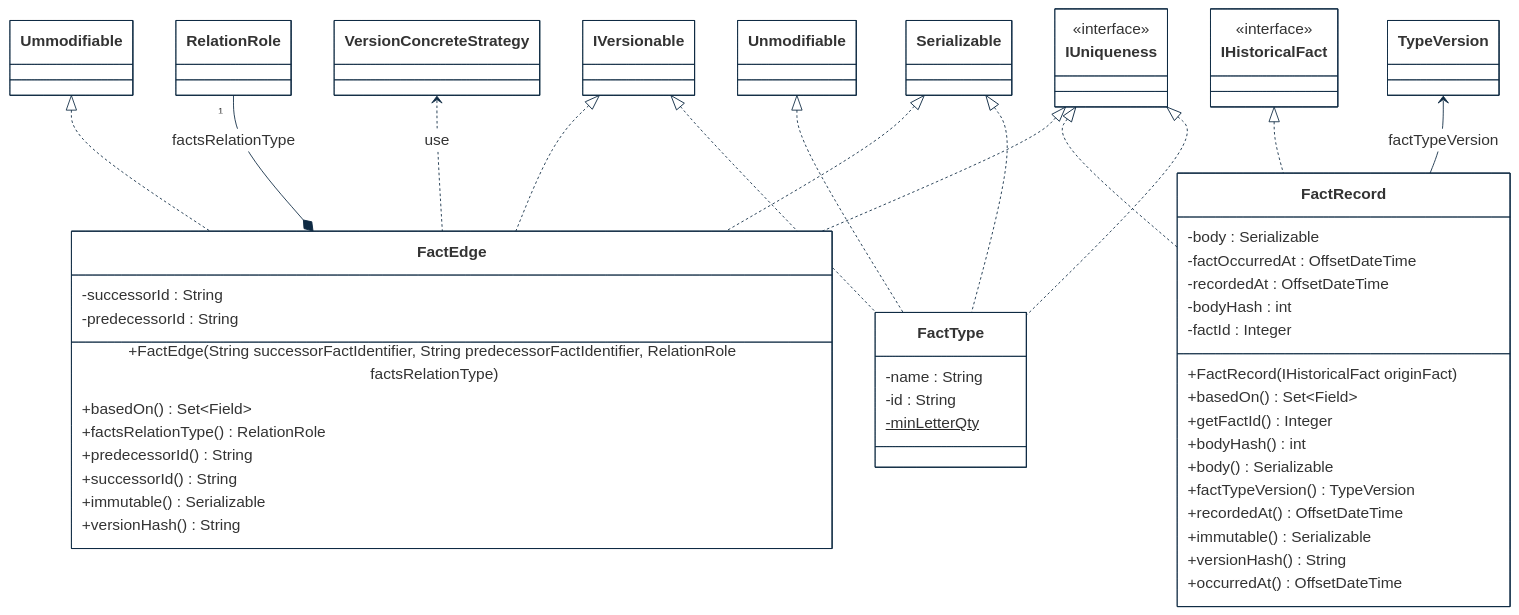
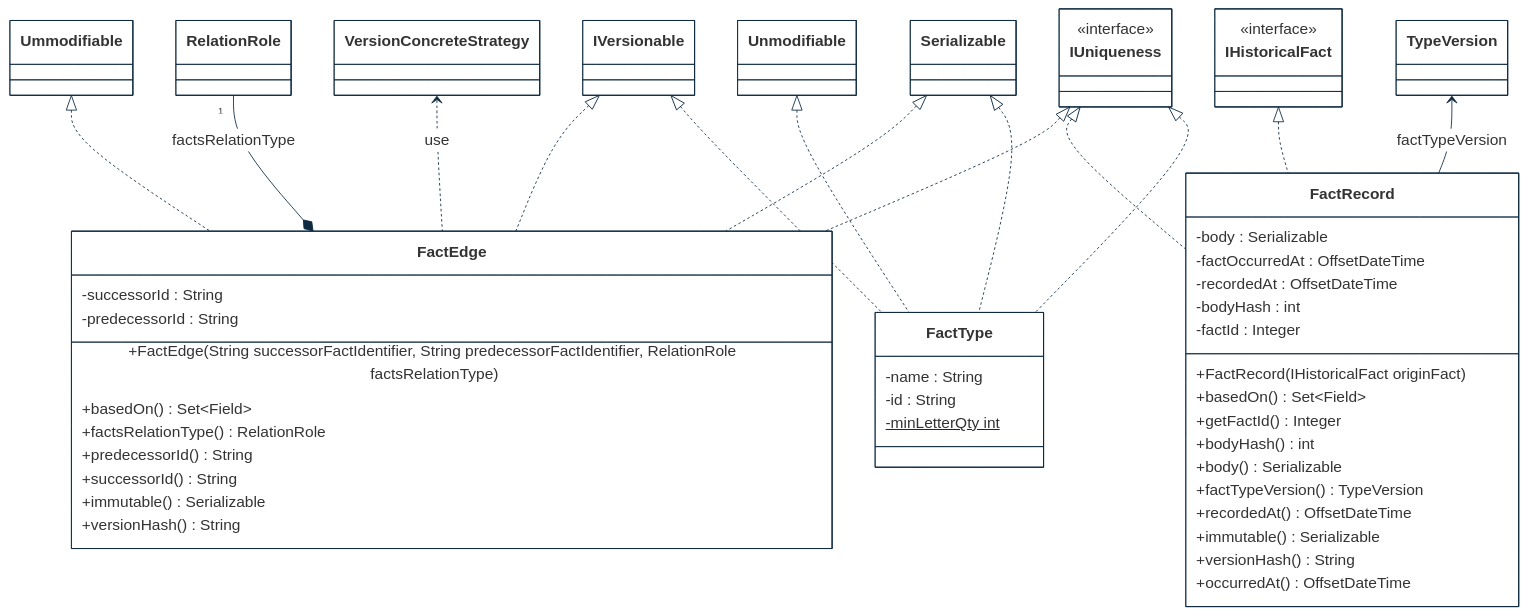
The first of 3 diagrams in implementations-line/framework/immutable/designview-packages.md (cybnity/foundation), drawn with Mermaid before and after one commit.

````diff
--- a/implementations-line/framework/immutable/designview-packages.md
+++ b/implementations-line/framework/immutable/designview-packages.md
@@ -15,76 +15,76 @@
 ```mermaid
 %%{
   init: {
     'theme': 'base',
     'themeVariables': {
         'background': '#ffffff',
         'fontFamily': 'arial',
         'fontSize': '18px',
         'primaryColor': '#fff',
         'primaryBorderColor': '#0e2a43',
         'secondaryBorderColor': '#0e2a43',
         'tertiaryBorderColor': '#0e2a43',
         'edgeLabelBackground':'#0e2a43',
         'lineColor': '#0e2a43',
         'tertiaryColor': '#fff'
     }
   }
 }%%
 classDiagram
     Ummodifiable <|.. FactEdge
     Unmodifiable <|.. FactType
     IVersionable <|.. FactEdge
     IVersionable <|.. FactType
     RelationRole "1" --* FactEdge : factsRelationType
     IHistoricalFact <|.. FactRecord
     VersionConcreteStrategy <.. FactEdge : use
     IUniqueness <|.. FactEdge
     IUniqueness <|.. FactRecord
     IUniqueness <|.. FactType
     Serializable <|.. FactEdge
     Serializable <|.. FactType
     TypeVersion <-- FactRecord : factTypeVersion
 
     class FactType {
         -name : String
         -id : String
-        -minLetterQty$
+        -minLetterQty int$
     }
     class IHistoricalFact {
         <<interface>>
     }
     class IUniqueness {
         <<interface>>
     }
     class RelationRole {
     }
     class FactEdge {
         -successorId : String
         -predecessorId : String
         +FactEdge(String successorFactIdentifier, String predecessorFactIdentifier, RelationRole factsRelationType)
         +basedOn() Set~Field~
         +factsRelationType() RelationRole
         +predecessorId() String
         +successorId() String
         +immutable() Serializable
         +versionHash() String
     }
     class FactRecord {
         -body : Serializable
         -factOccurredAt : OffsetDateTime
         -recordedAt : OffsetDateTime
         -bodyHash : int
         -factId : Integer
         +FactRecord(IHistoricalFact originFact)
         +basedOn() Set~Field~
         +getFactId() Integer
         +bodyHash() int
         +body() Serializable
         +factTypeVersion() TypeVersion
         +recordedAt() OffsetDateTime
         +immutable() Serializable
         +versionHash() String
         +occurredAt() OffsetDateTime
     }
 
 ```
````
